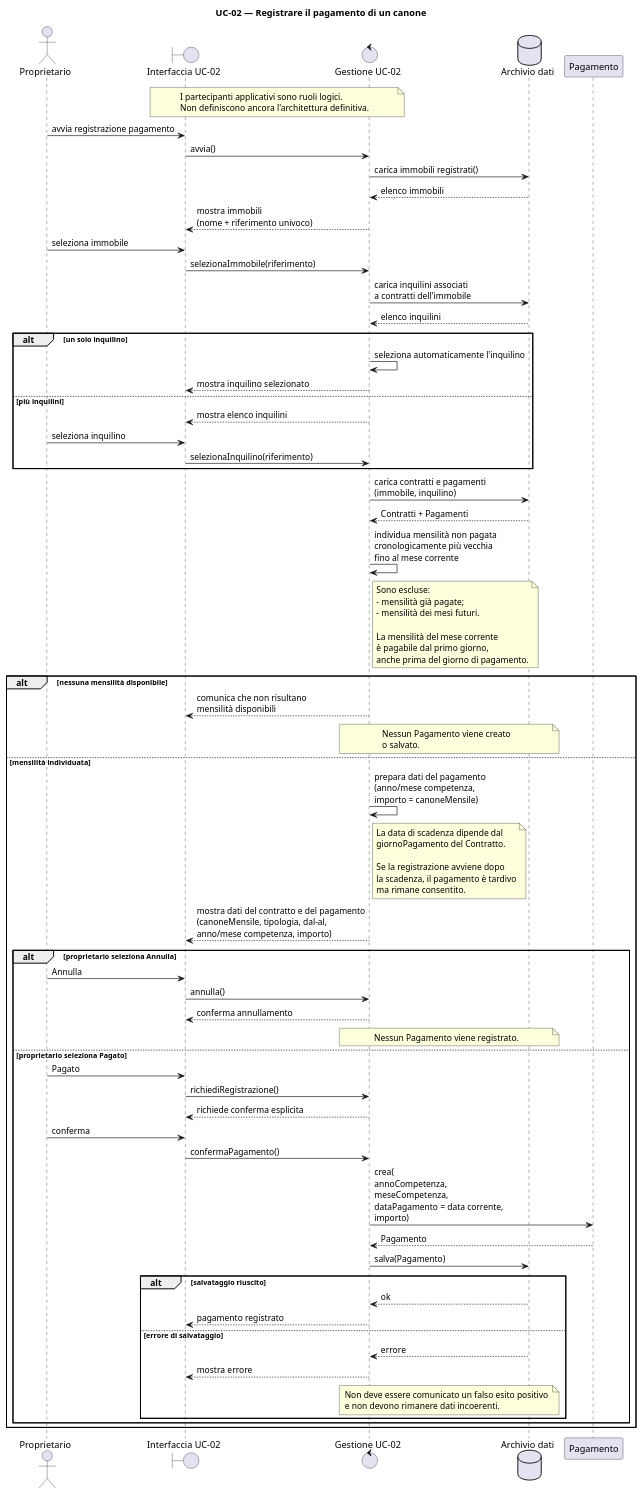
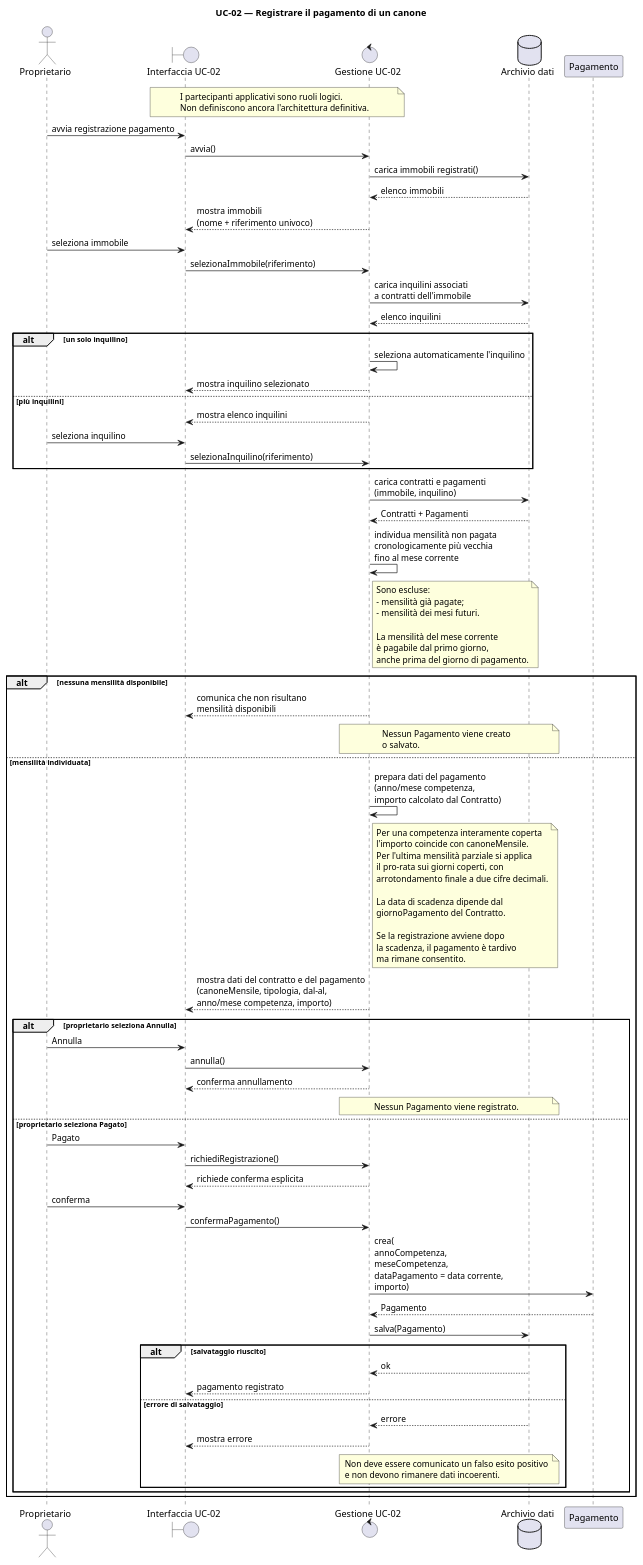
Before and after one commit to FabioMT78/esame_ingegneria_del_software_id_41: the diagram in uml/sequence-uc02.puml, drawn with PlantUML. The commit also changed 3 other files, not shown here.

Commit message:
aggiunte regole per la prima e l'ultima mensilità

```diff
--- a/uml/sequence-uc02.puml
+++ b/uml/sequence-uc02.puml
@@ -1,108 +1,114 @@
 @startuml
 title UC-02 — Registrare il pagamento di un canone
 
 actor Proprietario
 boundary "Interfaccia UC-02" as UI
 control "Gestione UC-02" as UC
 database "Archivio dati" as Store
 participant "Pagamento" as Payment
 
 note over UI,UC
 I partecipanti applicativi sono ruoli logici.
 Non definiscono ancora l'architettura definitiva.
 end note
 
 Proprietario -> UI : avvia registrazione pagamento
 UI -> UC : avvia()
 
 UC -> Store : carica immobili registrati()
 Store --> UC : elenco immobili
 UC --> UI : mostra immobili\n(nome + riferimento univoco)
 
 Proprietario -> UI : seleziona immobile
 UI -> UC : selezionaImmobile(riferimento)
 
 UC -> Store : carica inquilini associati\na contratti dell'immobile
 Store --> UC : elenco inquilini
 
 alt un solo inquilino
     UC -> UC : seleziona automaticamente l'inquilino
     UC --> UI : mostra inquilino selezionato
 else più inquilini
     UC --> UI : mostra elenco inquilini
     Proprietario -> UI : seleziona inquilino
     UI -> UC : selezionaInquilino(riferimento)
 end
 
 UC -> Store : carica contratti e pagamenti\n(immobile, inquilino)
 Store --> UC : Contratti + Pagamenti
 
 UC -> UC : individua mensilità non pagata\ncronologicamente più vecchia\nfino al mese corrente
 
 note right of UC
 Sono escluse:
 - mensilità già pagate;
 - mensilità dei mesi futuri.
 
 La mensilità del mese corrente
 è pagabile dal primo giorno,
 anche prima del giorno di pagamento.
 end note
 
 alt nessuna mensilità disponibile
     UC --> UI : comunica che non risultano\nmensilità disponibili
     note over UC,Store
     Nessun Pagamento viene creato
     o salvato.
     end note
 
 else mensilità individuata
-    UC -> UC : prepara dati del pagamento\n(anno/mese competenza,\nimporto = canoneMensile)
+    UC -> UC : prepara dati del pagamento\n(anno/mese competenza,\nimporto calcolato dal Contratto)
 
     note right of UC
+    Per una competenza interamente coperta
+    l'importo coincide con canoneMensile.
+    Per l'ultima mensilità parziale si applica
+    il pro-rata sui giorni coperti, con
+    arrotondamento finale a due cifre decimali.
+
     La data di scadenza dipende dal
     giornoPagamento del Contratto.
 
     Se la registrazione avviene dopo
     la scadenza, il pagamento è tardivo
     ma rimane consentito.
     end note
 
     UC --> UI : mostra dati del contratto e del pagamento\n(canoneMensile, tipologia, dal-al,\nanno/mese competenza, importo)
 
     alt proprietario seleziona Annulla
         Proprietario -> UI : Annulla
         UI -> UC : annulla()
         UC --> UI : conferma annullamento
         note over UC,Store
         Nessun Pagamento viene registrato.
         end note
 
     else proprietario seleziona Pagato
         Proprietario -> UI : Pagato
         UI -> UC : richiediRegistrazione()
         UC --> UI : richiede conferma esplicita
 
         Proprietario -> UI : conferma
         UI -> UC : confermaPagamento()
 
         UC -> Payment : crea(\nannoCompetenza,\nmeseCompetenza,\ndataPagamento = data corrente,\nimporto)
         Payment --> UC : Pagamento
 
         UC -> Store : salva(Pagamento)
 
         alt salvataggio riuscito
             Store --> UC : ok
             UC --> UI : pagamento registrato
         else errore di salvataggio
             Store --> UC : errore
             UC --> UI : mostra errore
             note over UC,Store
             Non deve essere comunicato un falso esito positivo
             e non devono rimanere dati incoerenti.
             end note
         end
     end
 end
 
 @enduml
```
